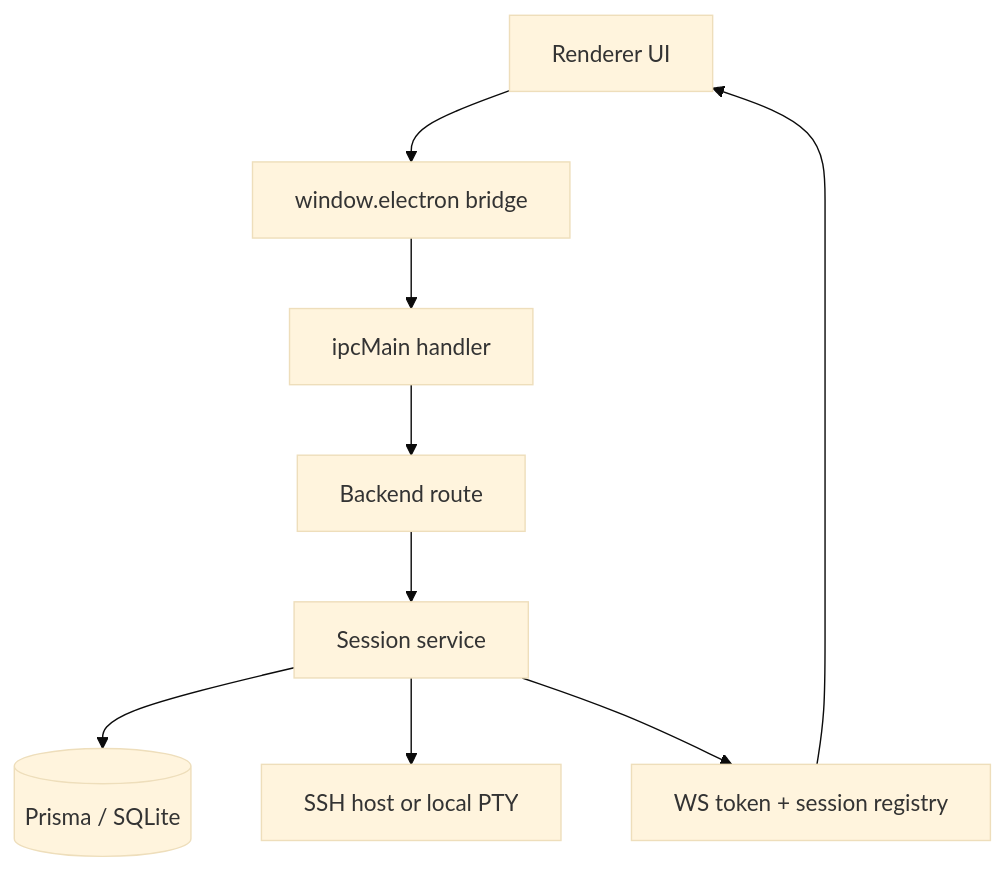
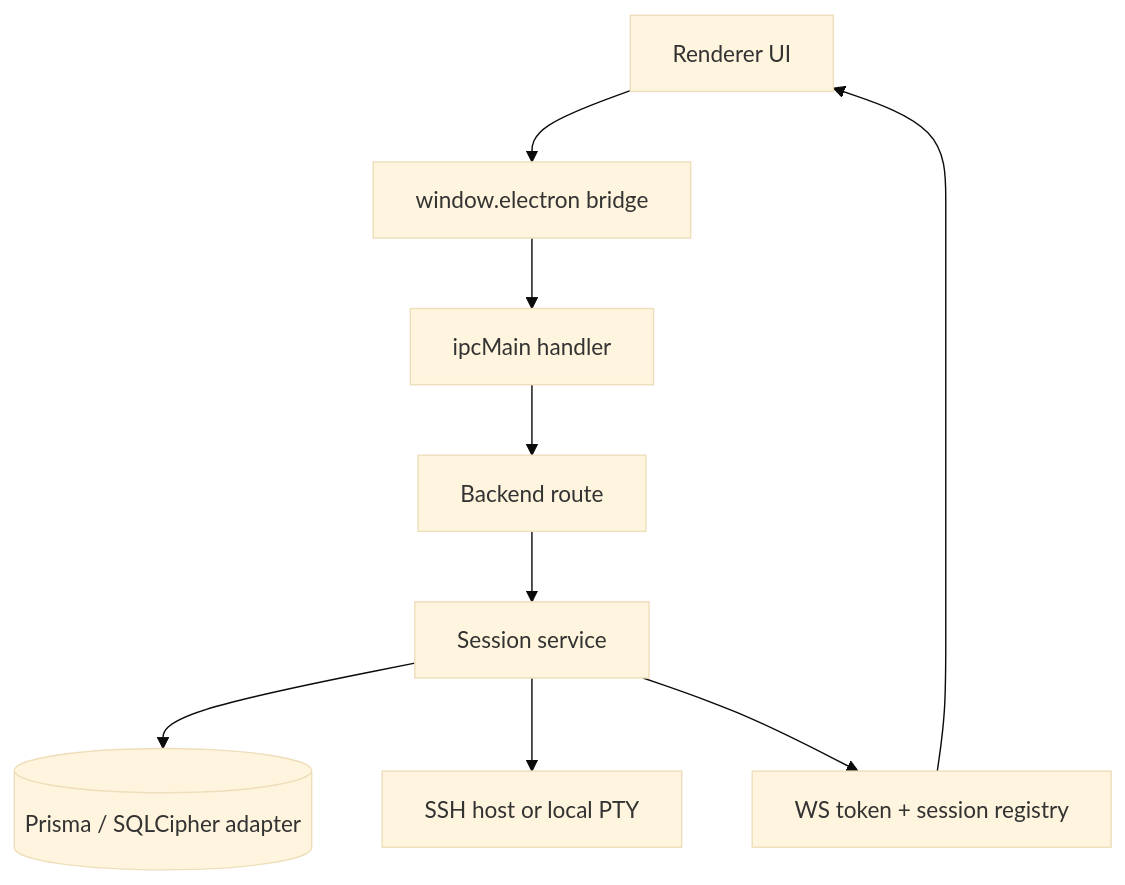
The fourth of 10 diagrams in docs/developer/core/architecture.md (XYZ1024-alt/Cosmosh), drawn with Mermaid (base theme) before and after one commit. The commit also changed other lines of this file and 12 other files, not shown here.

First line of the commit message:
fix(backend): enforce SQLCipher for Prisma storage

````diff
--- a/docs/developer/core/architecture.md
+++ b/docs/developer/core/architecture.md
@@ -200,11 +202,11 @@
 ```mermaid
 flowchart TD
   UI[Renderer UI] --> BRIDGE[window.electron bridge]
   BRIDGE --> MAIN[ipcMain handler]
   MAIN --> API[Backend route]
   API --> SERVICE[Session service]
-  SERVICE --> DB[(Prisma / SQLite)]
+  SERVICE --> DB[(Prisma / SQLCipher adapter)]
   SERVICE --> REMOTE[SSH host or local PTY]
   SERVICE --> TOKEN[WS token + session registry]
   TOKEN --> UI
 ```
````
